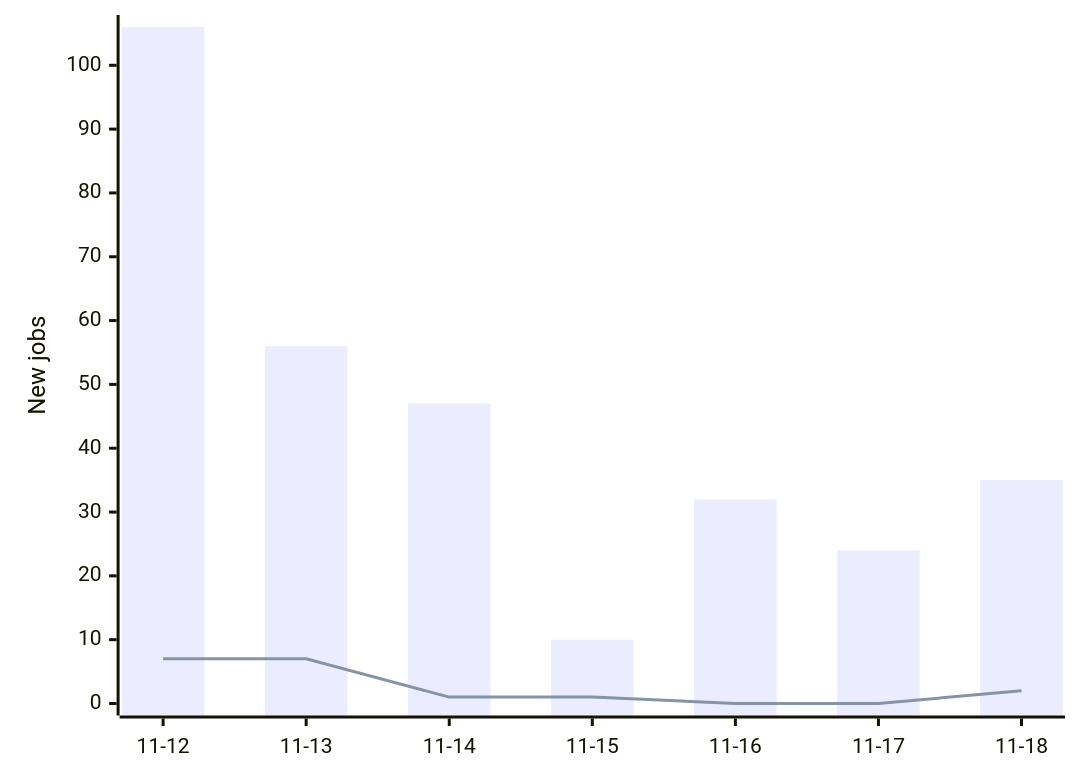
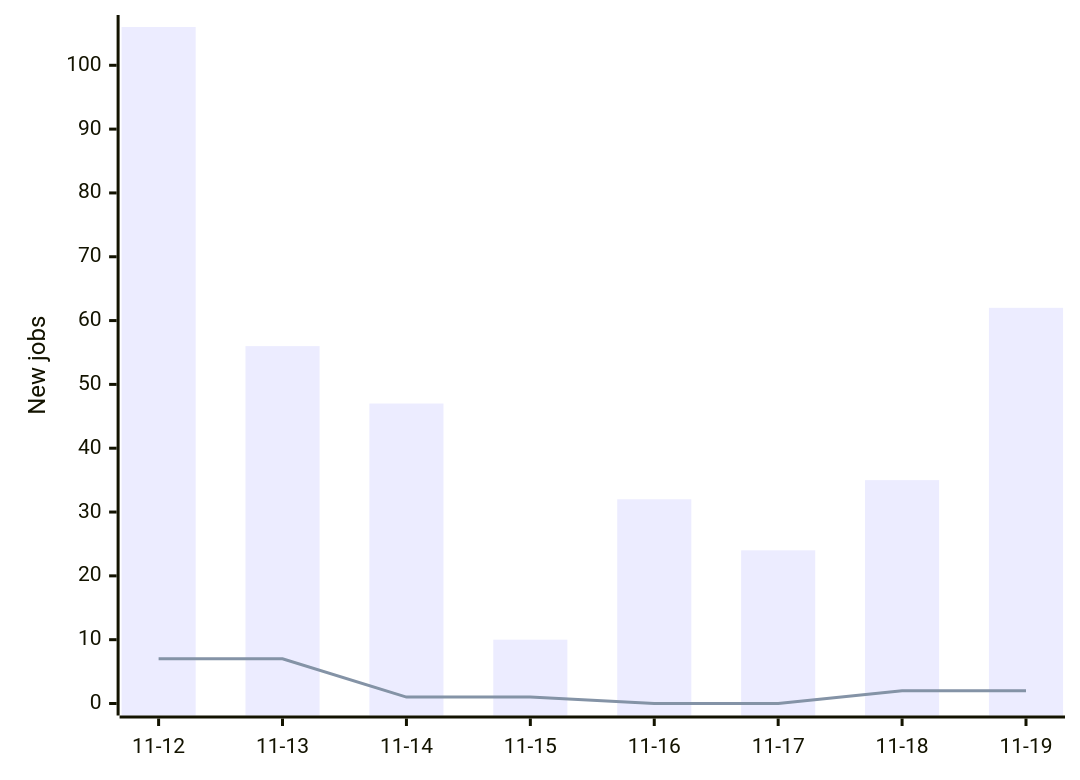
Before and after one commit to Mwangimark/frontend-job-tracker: the diagram in README.md, drawn with Mermaid. The commit also changed other lines of this file and 2 other files, not shown here.

````diff
--- a/README.md
+++ b/README.md
@@ -16,7 +16,7 @@
 ```mermaid
 xychart-beta
-    x-axis ["11-12", "11-13", "11-14", "11-15", "11-16", "11-17", "11-18"]
+    x-axis ["11-12", "11-13", "11-14", "11-15", "11-16", "11-17", "11-18", "11-19"]
     y-axis "New jobs" 0 --> 106
-    bar [106, 56, 47, 10, 32, 24, 35]
-    line [7, 7, 1, 1, 0, 0, 2]
+    bar [106, 56, 47, 10, 32, 24, 35, 62]
+    line [7, 7, 1, 1, 0, 0, 2, 2]
 ```
````
